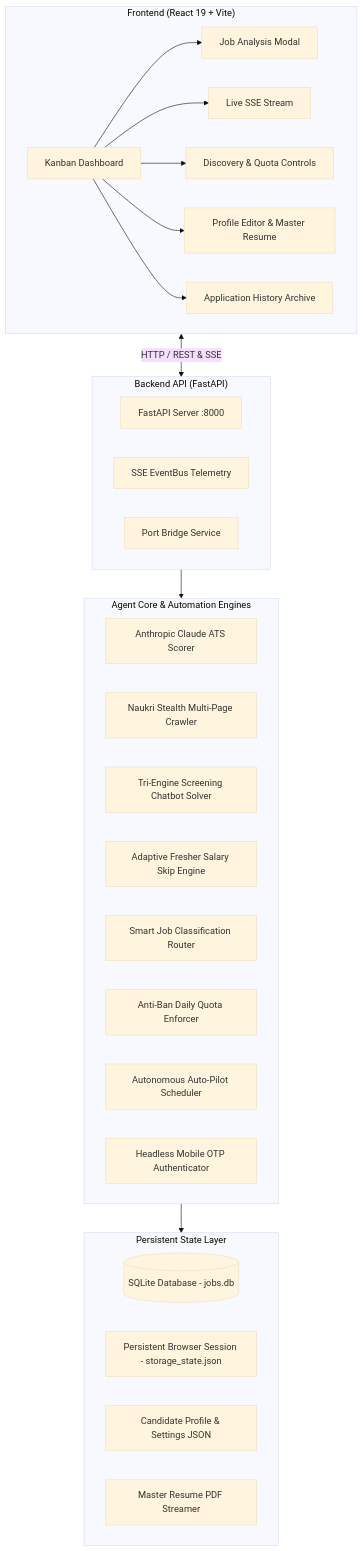
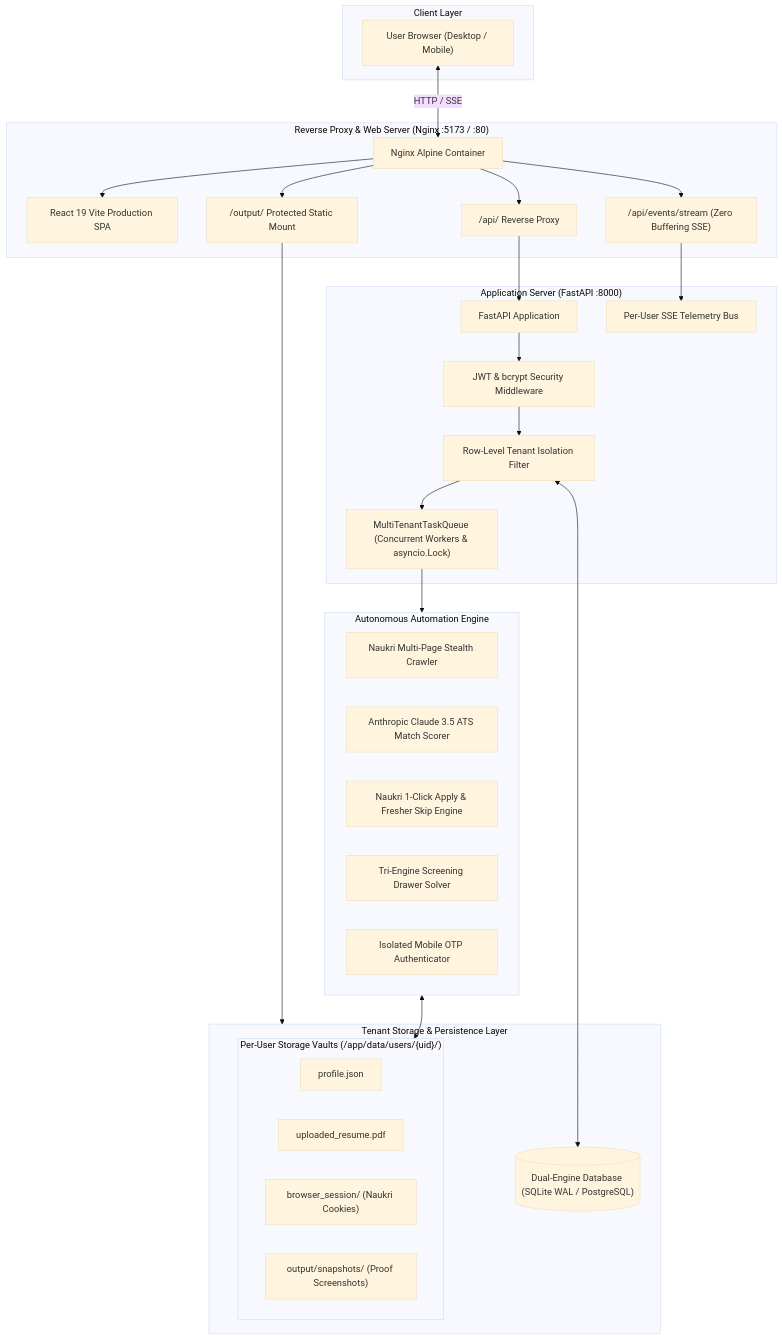
One commit to Jayasurya227/Job_Automation_Agent changed the diagram in README.md. Above: the diagram before and after it, drawn with Mermaid (base theme). The commit also changed other lines of this file and 55 other files, not shown here.

````diff
--- a/README.md
+++ b/README.md
@@ -43,38 +48,51 @@
 ```mermaid
 flowchart TD
-    subgraph UI ["Frontend (React 19 + Vite)"]
-        A[Kanban Dashboard] --> B[Job Analysis Modal]
-        A --> C[Live SSE Stream]
-        A --> D[Discovery & Quota Controls]
-        A --> E[Profile Editor & Master Resume]
-        A --> F[Application History Archive]
+    subgraph Client ["Client Layer"]
+        Browser["User Browser (Desktop / Mobile)"]
     end
 
-    subgraph API ["Backend API (FastAPI)"]
-        G[FastAPI Server :8000]
-        H[SSE EventBus Telemetry]
-        I[Port Bridge Service]
+    subgraph Gateway ["Reverse Proxy & Web Server (Nginx :5173 / :80)"]
+        Nginx["Nginx Alpine Container"]
+        Static["React 19 Vite Production SPA"]
+        ProxyAPI["/api/ Reverse Proxy"]
+        ProxySSE["/api/events/stream (Zero Buffering SSE)"]
+        ProxyOutput["/output/ Protected Static Mount"]
     end
 
-    subgraph Core ["Agent Core & Automation Engines"]
-        J[Anthropic Claude ATS Scorer]
-        K[Naukri Stealth Multi-Page Crawler]
-        L[Tri-Engine Screening Chatbot Solver]
-        M[Adaptive Fresher Salary Skip Engine]
-        N[Smart Job Classification Router]
-        O[Anti-Ban Daily Quota Enforcer]
-        P[Autonomous Auto-Pilot Scheduler]
-        Q[Headless Mobile OTP Authenticator]
+    subgraph Backend ["Application Server (FastAPI :8000)"]
+        FastAPI["FastAPI Application"]
+        JWTAuth["JWT & bcrypt Security Middleware"]
+        TenantGuard["Row-Level Tenant Isolation Filter"]
+        EventBus["Per-User SSE Telemetry Bus"]
+        TaskQueue["MultiTenantTaskQueue (Concurrent Workers & asyncio.Lock)"]
     end
 
-    subgraph Storage ["Persistent State Layer"]
-        R[(SQLite Database - jobs.db)]
-        S[Persistent Browser Session - storage_state.json]
-        T[Candidate Profile & Settings JSON]
-        U[Master Resume PDF Streamer]
+    subgraph AgentCore ["Autonomous Automation Engine"]
+        Crawler["Naukri Multi-Page Stealth Crawler"]
+        Scorer["Anthropic Claude 3.5 ATS Match Scorer"]
+        Applier["Naukri 1-Click Apply & Fresher Skip Engine"]
+        ChatbotSolver["Tri-Engine Screening Drawer Solver"]
+        HeadlessAuth["Isolated Mobile OTP Authenticator"]
     end
 
-    UI <-->|HTTP / REST & SSE| API
-    API --> Core
-    Core --> Storage
+    subgraph StorageVaults ["Tenant Storage & Persistence Layer"]
+        subgraph UserVaults ["Per-User Storage Vaults (/app/data/users/{uid}/)"]
+            Profile["profile.json"]
+            Resume["uploaded_resume.pdf"]
+            Cookies["browser_session/ (Naukri Cookies)"]
+            Snapshots["output/snapshots/ (Proof Screenshots)"]
+        end
+        DB[("Dual-Engine Database (SQLite WAL / PostgreSQL)")]
+    end
+
+    Browser <-->|HTTP / SSE| Nginx
+    Nginx --> Static
+    Nginx --> ProxyAPI --> FastAPI
+    Nginx --> ProxySSE --> EventBus
+    Nginx --> ProxyOutput --> StorageVaults
+
+    FastAPI --> JWTAuth --> TenantGuard --> TaskQueue
+    TaskQueue --> AgentCore
+    AgentCore <--> UserVaults
+    TenantGuard <--> DB
 ```
````
